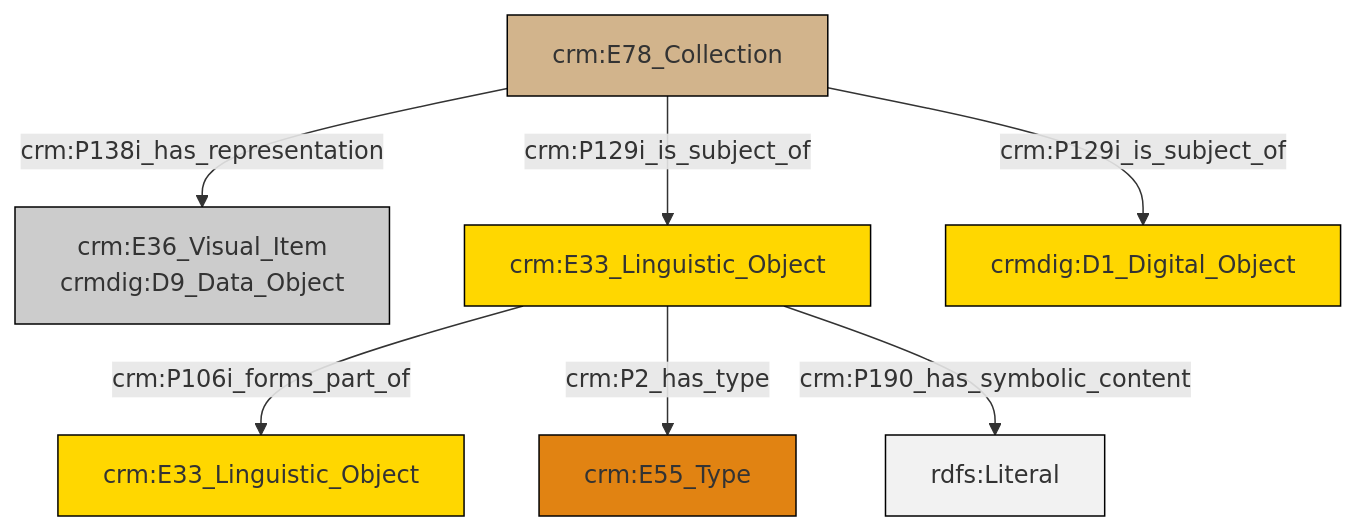
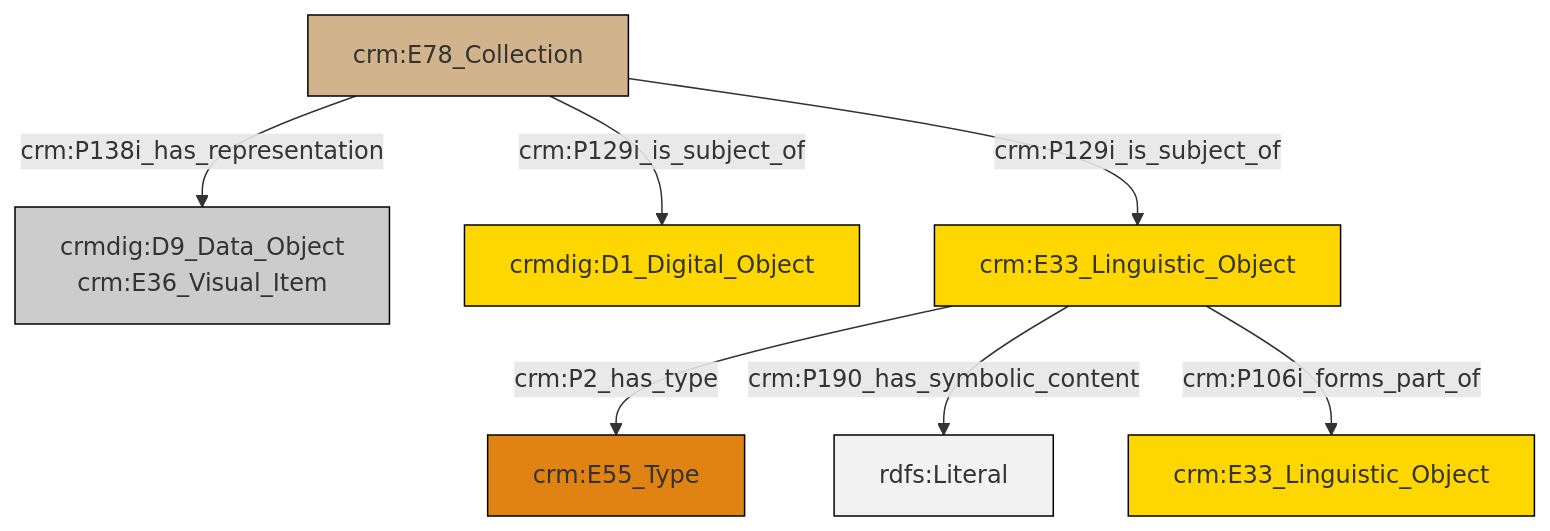
The diagram in et/archivalCSV/ttl/mmd/archival_docs.ttl.mmd (swiss-art-research-net/docs.swissartresearch), drawn with Mermaid before and after one commit. The commit also changed 179 other files, not shown here.

```diff
--- a/et/archivalCSV/ttl/mmd/archival_docs.ttl.mmd
+++ b/et/archivalCSV/ttl/mmd/archival_docs.ttl.mmd
@@ -1,21 +1,21 @@
 graph TD
 classDef Literal fill:#f2f2f2,stroke:#000000;
 classDef CRM_Entity fill:#FFFFFF,stroke:#000000;
 classDef Temporal_Entity fill:#00C9E6, stroke:#000000;
 classDef Type fill:#E18312, stroke:#000000;
 classDef Time-Span fill:#2C9C91, stroke:#000000;
 classDef Appellation fill:#FFEB7F, stroke:#000000;
 classDef Place fill:#008836, stroke:#000000;
 classDef Persistent_Item fill:#B266B2, stroke:#000000;
 classDef Conceptual_Object fill:#FFD700, stroke:#000000;
 classDef Physical_Thing fill:#D2B48C, stroke:#000000;
 classDef Actor fill:#f58aad, stroke:#000000;
 classDef PC_Classes fill:#4ce600, stroke:#000000;
 classDef Multi fill:#cccccc,stroke:#000000;
 
-4["crm:E78_Collection"]:::Physical_Thing -->|crm:P129i_is_subject_of| 5["crm:E33_Linguistic_Object"]:::Conceptual_Object
-4["crm:E78_Collection"]:::Physical_Thing -->|crm:P138i_has_representation| 0["crm:E36_Visual_Item<br>crmdig:D9_Data_Object"]:::Multi
-4["crm:E78_Collection"]:::Physical_Thing -->|crm:P129i_is_subject_of| 6["crmdig:D1_Digital_Object"]:::Conceptual_Object
-5["crm:E33_Linguistic_Object"]:::Conceptual_Object -->|crm:P106i_forms_part_of| 7["crm:E33_Linguistic_Object"]:::Conceptual_Object
-5["crm:E33_Linguistic_Object"]:::Conceptual_Object -->|crm:P2_has_type| 2["crm:E55_Type"]:::Type
-5["crm:E33_Linguistic_Object"]:::Conceptual_Object -->|crm:P190_has_symbolic_content| 13[rdfs:Literal]:::Literal
+2["crm:E78_Collection"]:::Physical_Thing -->|crm:P129i_is_subject_of| 3["crmdig:D1_Digital_Object"]:::Conceptual_Object
+2["crm:E78_Collection"]:::Physical_Thing -->|crm:P138i_has_representation| 0["crmdig:D9_Data_Object<br>crm:E36_Visual_Item"]:::Multi
+10["crm:E33_Linguistic_Object"]:::Conceptual_Object -->|crm:P2_has_type| 8["crm:E55_Type"]:::Type
+10["crm:E33_Linguistic_Object"]:::Conceptual_Object -->|crm:P190_has_symbolic_content| 11[rdfs:Literal]:::Literal
+2["crm:E78_Collection"]:::Physical_Thing -->|crm:P129i_is_subject_of| 10["crm:E33_Linguistic_Object"]:::Conceptual_Object
+10["crm:E33_Linguistic_Object"]:::Conceptual_Object -->|crm:P106i_forms_part_of| 5["crm:E33_Linguistic_Object"]:::Conceptual_Object
```
